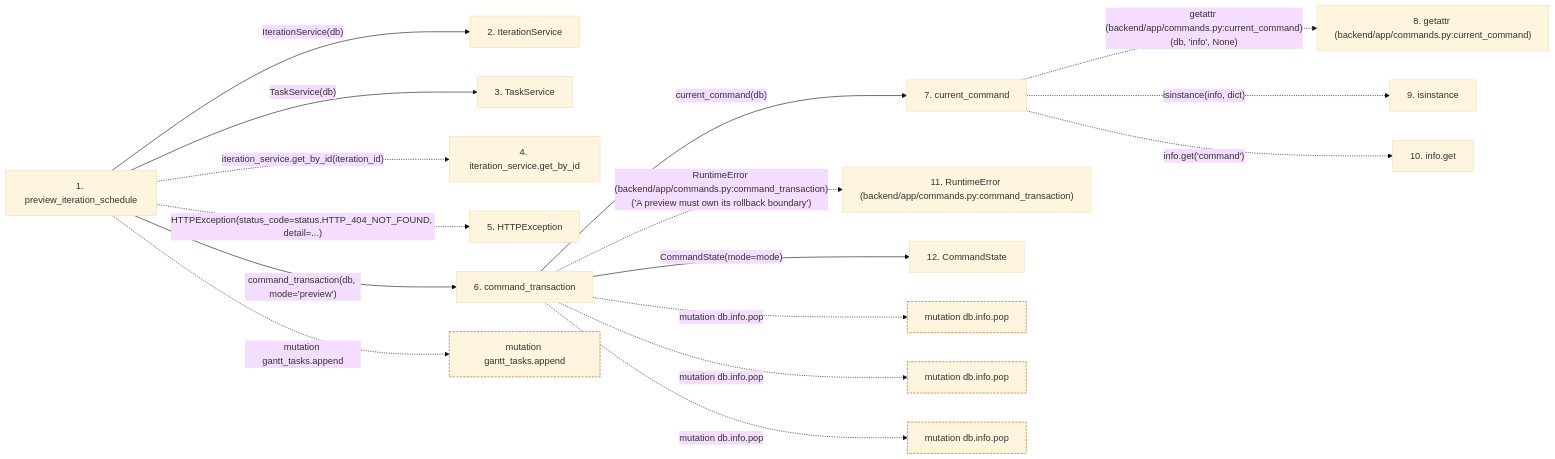
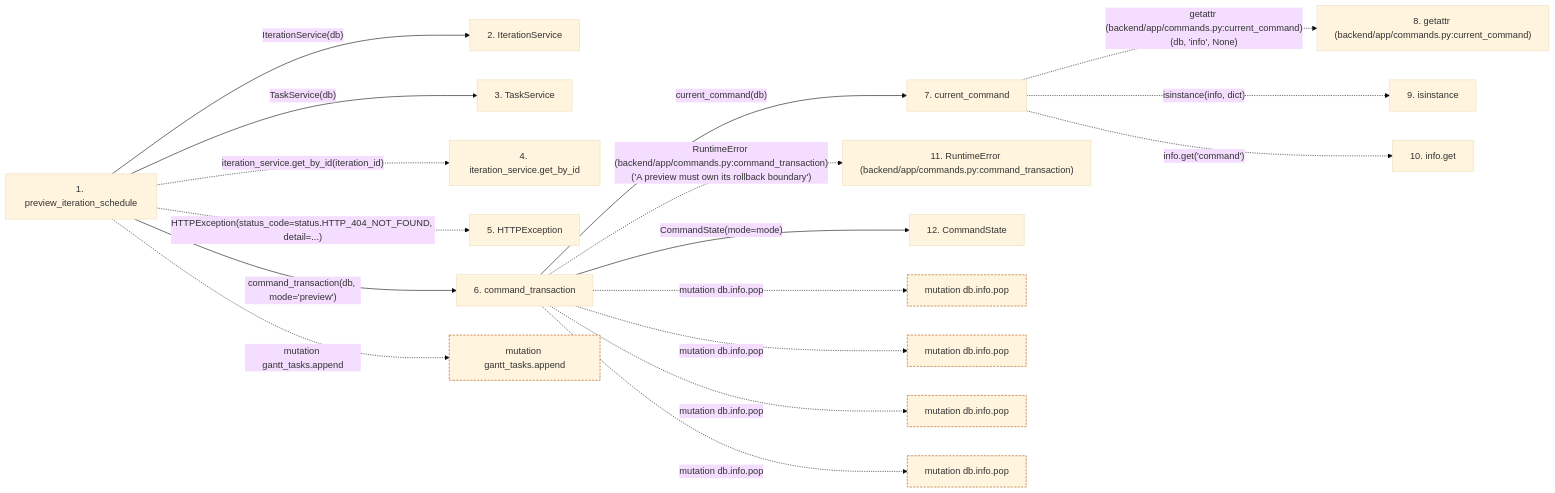
Before and after one commit to Denissvgn/WorkChord: the second of 2 diagrams in docs/llm_wiki/flows/http-preview_iteration_schedule.md, drawn with Mermaid (base theme). The commit also changed other lines of this file and 2344 other files, not shown here.

````diff
--- a/docs/llm_wiki/flows/http-preview_iteration_schedule.md
+++ b/docs/llm_wiki/flows/http-preview_iteration_schedule.md
@@ -90,45 +89,48 @@
 ```mermaid
 flowchart LR
     s1["1. preview_iteration_schedule"]
     s2["2. IterationService"]
     s3["3. TaskService"]
     s4["4. iteration_service.get_by_id"]
     s5["5. HTTPException"]
     s6["6. command_transaction"]
     s7["7. current_command"]
     s8["8. getattr (backend/app/commands.py:current_command)"]
     s9["9. isinstance"]
     s10["10. info.get"]
     s11["11. RuntimeError (backend/app/commands.py:command_transaction)"]
     s12["12. CommandState"]
     s1 -->|"IterationService(db)"| s2
     s1 -->|"TaskService(db)"| s3
     s1 -. "iteration_service.get_by_id(iteration_id)" .-> s4
     s1 -. "HTTPException(status_code=status.HTTP_404_NOT_FOUND, detail=...)" .-> s5
     s1 -->|"command_transaction(db, mode='preview')"| s6
     s6 -->|"current_command(db)"| s7
     s7 -. "getattr (backend/app/commands.py:current_command)(db, 'info', None)" .-> s8
     s7 -. "isinstance(info, dict)" .-> s9
     s7 -. "info.get('command')" .-> s10
     s6 -. "RuntimeError (backend/app/commands.py:command_transaction)('A preview must own its rollback boundary')" .-> s11
     s6 -->|"CommandState(mode=mode)"| s12
     b0["mutation gantt_tasks.append"]
     s1 -. "mutation gantt_tasks.append" .-> b0
     b1["mutation db.info.pop"]
     s6 -. "mutation db.info.pop" .-> b1
     b2["mutation db.info.pop"]
     s6 -. "mutation db.info.pop" .-> b2
     b3["mutation db.info.pop"]
     s6 -. "mutation db.info.pop" .-> b3
+    b4["mutation db.info.pop"]
+    s6 -. "mutation db.info.pop" .-> b4
     click s1 "../modules/routers_gantt.md"
     click s2 "../modules/iteration_service.md"
     click s3 "../modules/task_service.md"
     click s6 "../modules/commands.md"
     click s7 "../modules/commands.md"
     click s12 "../modules/commands.md"
     classDef boundary stroke:#b45309,stroke-dasharray: 4 2
     class b0 boundary
     class b1 boundary
     class b2 boundary
     class b3 boundary
+    class b4 boundary
 ```
````
